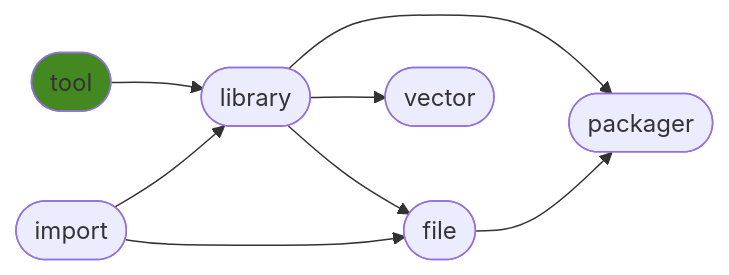
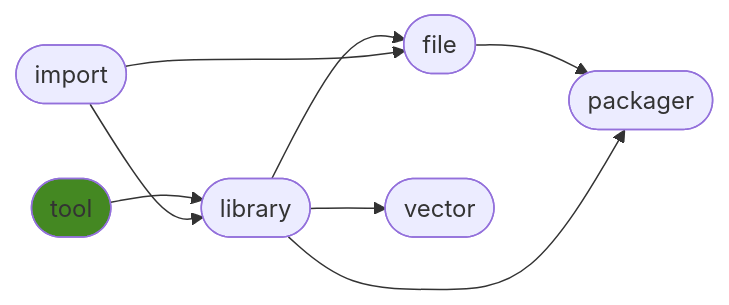
One commit to ManderaGeneral/generaltool changed the diagram in README.md. Above: the diagram before and after it, drawn with Mermaid. The commit also changed other lines of this file, not shown here.

````diff
--- a/README.md
+++ b/README.md
@@ -23,17 +23,17 @@
 ```mermaid
 flowchart LR
-2([library]) --> 5([packager])
 3([file]) --> 5([packager])
 1([tool]) --> 2([library])
 0([import]) --> 2([library])
+2([library]) --> 5([packager])
+2([library]) --> 3([file])
 0([import]) --> 3([file])
 2([library]) --> 4([vector])
-2([library]) --> 3([file])
 click 0 "https://github.com/ManderaGeneral/generalimport"
 click 1 "https://github.com/ManderaGeneral/generaltool"
 click 2 "https://github.com/ManderaGeneral/generallibrary"
 click 3 "https://github.com/ManderaGeneral/generalfile"
 click 4 "https://github.com/ManderaGeneral/generalvector"
 click 5 "https://github.com/ManderaGeneral/generalpackager"
 style 1 fill:#482
 ```
````
